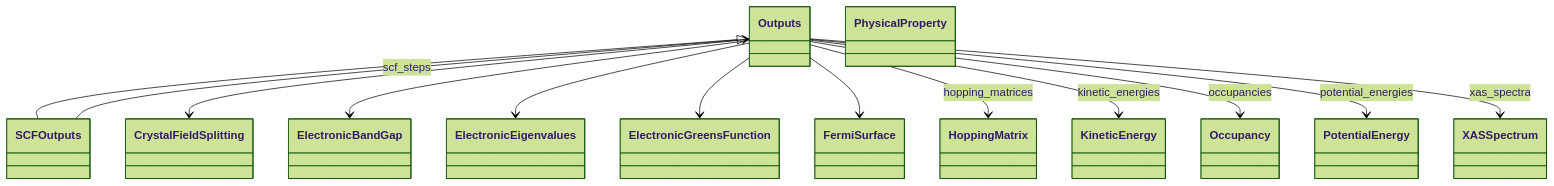
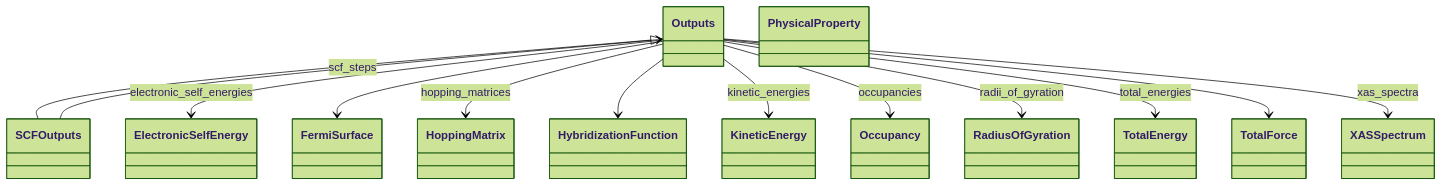
One commit to FAIRmat-NFDI/nomad-simulations changed the second of 2 diagrams in docs/schema/outputs.diagram.md. Above: the diagram before and after it, drawn with Mermaid (forest theme). The commit also changed 2 other files, not shown here.

Commit message:
add important QC methods to diagram

````diff
--- a/docs/schema/outputs.diagram.md
+++ b/docs/schema/outputs.diagram.md
@@ -68,41 +68,41 @@
 ```mermaid
 classDiagram
-    class CrystalFieldSplitting {
-    }
-    class ElectronicBandGap {
-    }
-    class ElectronicEigenvalues {
-    }
-    class ElectronicGreensFunction {
+    class ElectronicSelfEnergy {
     }
     class FermiSurface {
     }
     class HoppingMatrix {
+    }
+    class HybridizationFunction {
     }
     class KineticEnergy {
     }
     class Occupancy {
     }
     class Outputs {
     }
     class PhysicalProperty {
     }
-    class PotentialEnergy {
+    class RadiusOfGyration {
     }
     class SCFOutputs {
+    }
+    class TotalEnergy {
+    }
+    class TotalForce {
     }
     class XASSpectrum {
     }
     Outputs <|-- SCFOutputs
-    Outputs --> CrystalFieldSplitting
-    Outputs --> ElectronicBandGap
-    Outputs --> ElectronicEigenvalues
-    Outputs --> ElectronicGreensFunction
+    Outputs --> ElectronicSelfEnergy : electronic_self_energies
     Outputs --> FermiSurface
     Outputs --> HoppingMatrix : hopping_matrices
+    Outputs --> HybridizationFunction
     Outputs --> KineticEnergy : kinetic_energies
     Outputs --> Occupancy : occupancies
-    Outputs --> PotentialEnergy : potential_energies
+    Outputs --> RadiusOfGyration : radii_of_gyration
+    Outputs --> TotalEnergy : total_energies
+    Outputs --> TotalForce
     Outputs --> XASSpectrum : xas_spectra
     SCFOutputs --> Outputs : scf_steps
 ```
````
